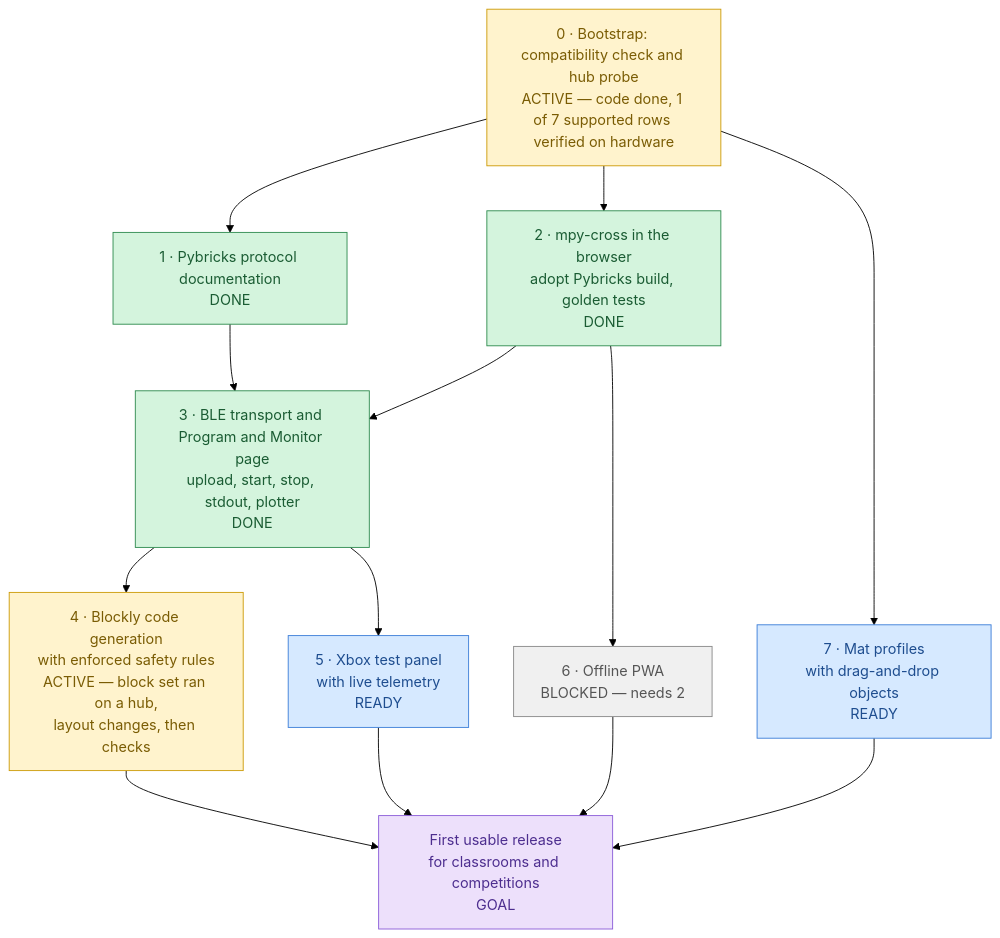
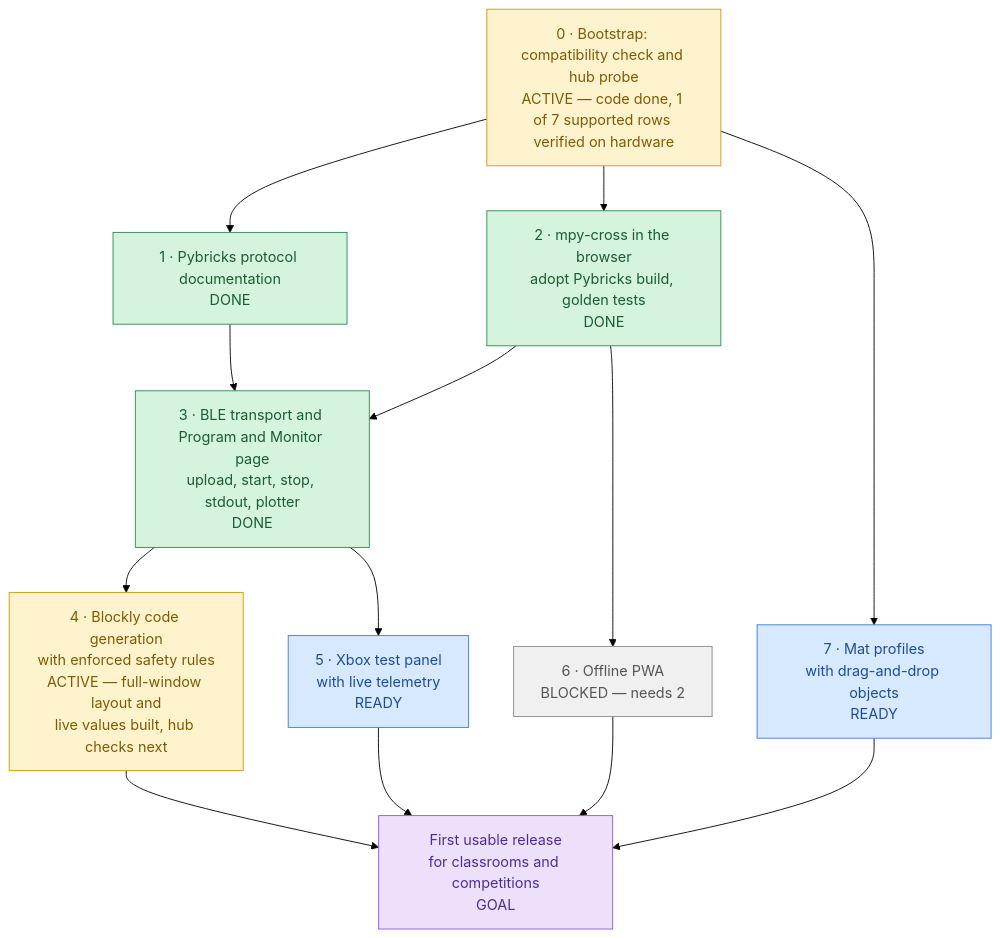
Before and after one commit to lumduan/matpilot: the diagram in docs/roadmap.md, drawn with Mermaid (forest theme). The commit also changed other lines of this file and 7 other files, not shown here.

First line of the commit message:
docs: ADR 0009 live device values; ADR 0008 layout amendment; checks

````diff
--- a/docs/roadmap.md
+++ b/docs/roadmap.md
@@ -10,37 +10,37 @@
 ```mermaid
 flowchart TD
     M0["0 · Bootstrap: compatibility check and hub probe<br/>ACTIVE — code done, 1 of 7 supported rows verified on hardware"]
     M1["1 · Pybricks protocol documentation<br/>DONE"]
     M2["2 · mpy-cross in the browser<br/>adopt Pybricks build, golden tests<br/>DONE"]
     M3["3 · BLE transport and Program and Monitor page<br/>upload, start, stop, stdout, plotter<br/>DONE"]
-    M4["4 · Blockly code generation<br/>with enforced safety rules<br/>ACTIVE — block set ran on a hub,<br/>layout changes, then checks"]
+    M4["4 · Blockly code generation<br/>with enforced safety rules<br/>ACTIVE — full-window layout and<br/>live values built, hub checks next"]
     M5["5 · Xbox test panel<br/>with live telemetry<br/>READY"]
     M6["6 · Offline PWA<br/>BLOCKED — needs 2"]
     M7["7 · Mat profiles<br/>with drag-and-drop objects<br/>READY"]
     GOAL["First usable release<br/>for classrooms and competitions<br/>GOAL"]
 
     M0 --> M1
     M0 --> M2
     M0 --> M7
     M1 --> M3
     M2 --> M3
     M3 --> M4
     M3 --> M5
     M2 --> M6
     M4 --> GOAL
     M5 --> GOAL
     M6 --> GOAL
     M7 --> GOAL
 
     classDef done     fill:#d4f4dd,stroke:#2d8a4e,color:#1a5c33
     classDef active   fill:#fff3cd,stroke:#cc9a06,color:#7a5c04
     classDef ready    fill:#d6e9ff,stroke:#3b7dd8,color:#1e4d8f
     classDef blocked  fill:#f0f0f0,stroke:#888,color:#555
     classDef goal     fill:#ede0fb,stroke:#8a5cd8,color:#4d2e8f
 
     class M0,M4 active
     class M1,M2,M3 done
     class M5,M7 ready
     class M6 blocked
     class GOAL goal
 ```
````
